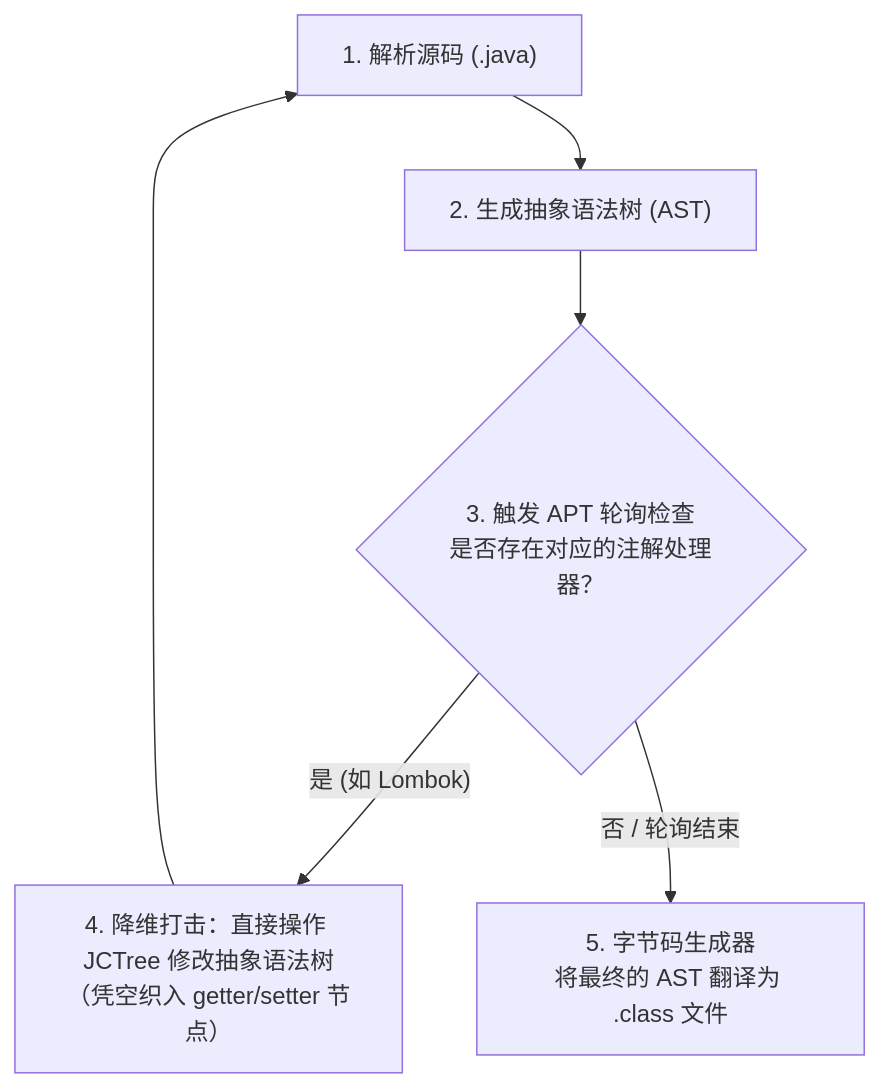
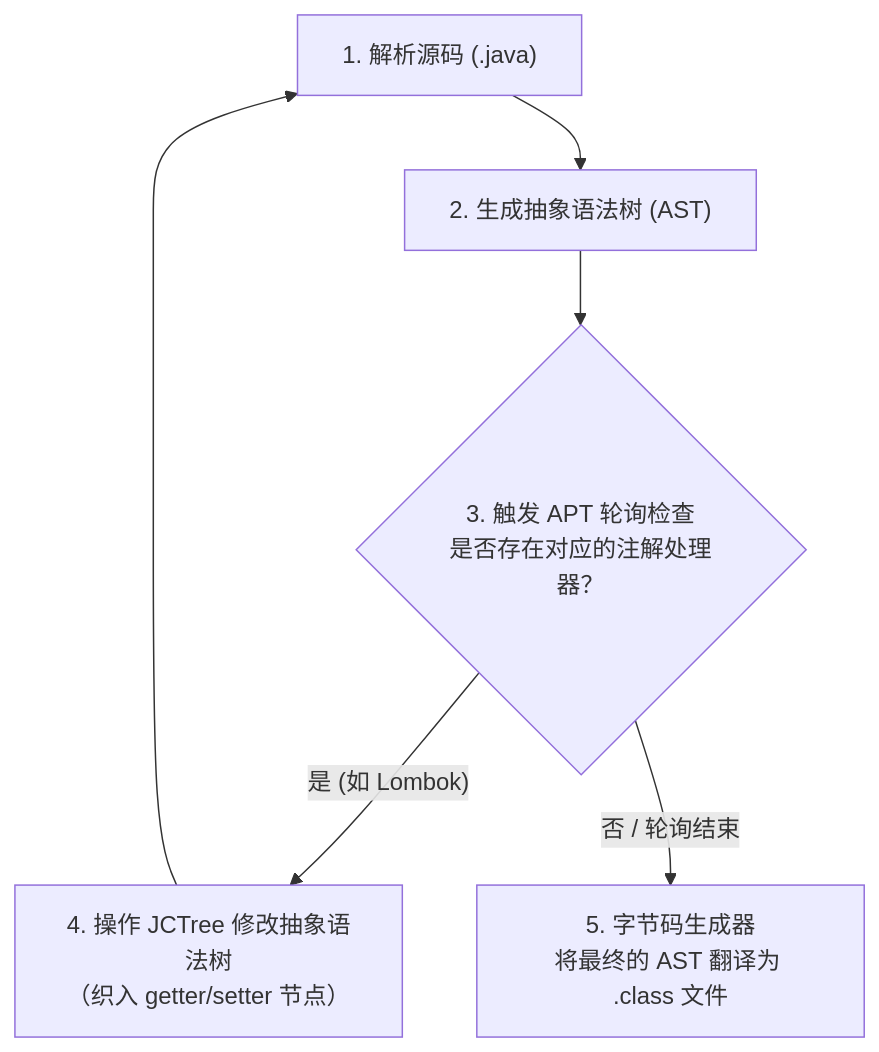
Before and after one commit to b1tzer/b1tzer.github.io: the diagram in docs/01-java-basic/03-注解（Annotation）：字节码属性表里的 RuntimeVisibleAnnotations 与 APT 编译期织入.md, drawn with Mermaid. The commit also changed other lines of this file and 16 other files, not shown here.

````diff
--- a/docs/01-java-basic/03-注解（Annotation）：字节码属性表里的 RuntimeVisibleAnnotations 与 APT 编译期织入.md
+++ b/docs/01-java-basic/03-注解（Annotation）：字节码属性表里的 RuntimeVisibleAnnotations 与 APT 编译期织入.md
@@ -200,8 +200,8 @@
 ```mermaid
 flowchart TD
     A["1. 解析源码 (.java)"] --> B["2. 生成抽象语法树 (AST)"]
     B --> C{"3. 触发 APT 轮询检查<br>是否存在对应的注解处理器？"}
-    C -->|"是 (如 Lombok)"| D["4. 降维打击：直接操作 JCTree 修改抽象语法树<br>（凭空织入 getter/setter 节点）"]
+    C -->|"是 (如 Lombok)"| D["4. 操作 JCTree 修改抽象语法树<br>（织入 getter/setter 节点）"]
     D --> A
     C -->|"否 / 轮询结束"| E["5. 字节码生成器<br>将最终的 AST 翻译为 .class 文件"]
 ```
````
